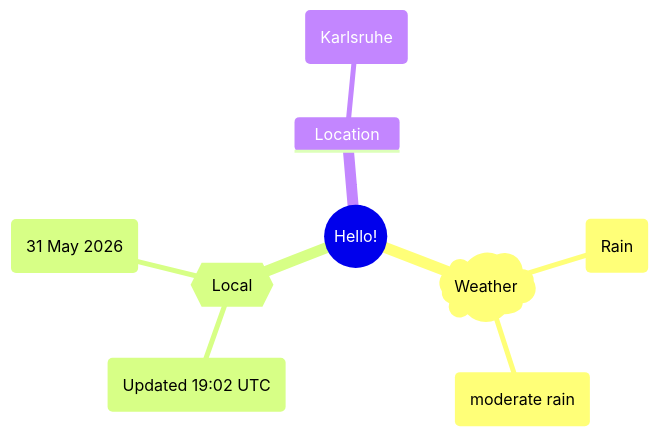
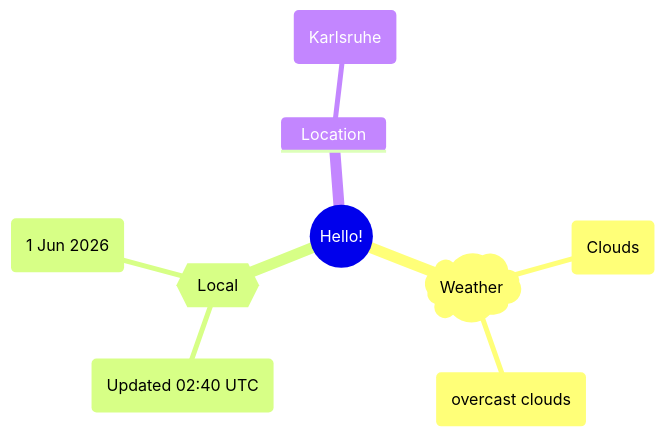
The first of 2 diagrams in README.md (Xosrov/Xosrov), drawn with Mermaid before and after one commit.

Commit message:
[bot] updated images

````diff
--- a/README.md
+++ b/README.md
@@ -3,12 +3,12 @@
 ```mermaid
 mindmap
   root((Hello!))
     )Weather(
-        (Rain)
-        (moderate rain)
+        (Clouds)
+        (overcast clouds)
     {{Local}}
-        (Updated 19:02 UTC)
-        (31 May 2026)
+        (Updated 02:40 UTC)
+        (1 Jun 2026)
     Location
         (Karlsruhe)
 ```
````
